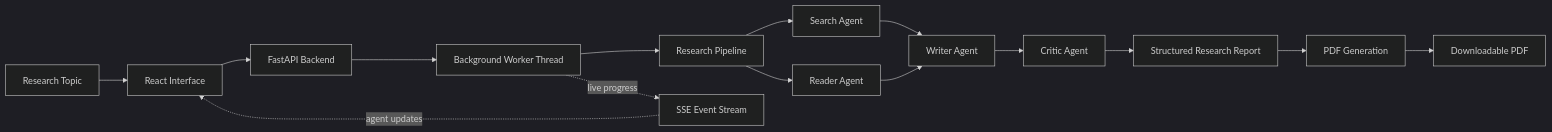
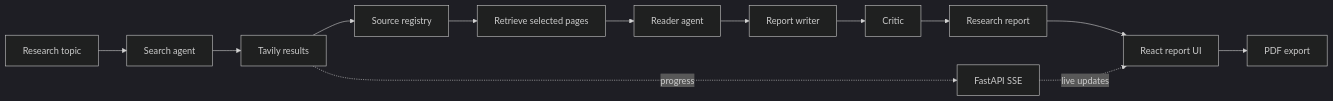
One commit to srini526/srini526 changed the first of 2 diagrams in README.md. Above: the diagram before and after it, drawn with Mermaid (dark theme). The commit also changed other lines of this file, not shown here.

````diff
--- a/README.md
+++ b/README.md
@@ -41,17 +41,15 @@
 ```mermaid
 flowchart LR
-    A[Research Topic] --> B[React Interface]
-    B --> C[FastAPI Backend]
-    C --> D[Background Worker Thread]
-    D --> E[Research Pipeline]
-    E --> F[Search Agent]
-    E --> G[Reader Agent]
-    F --> H[Writer Agent]
-    G --> H
-    H --> I[Critic Agent]
-    I --> J[Structured Research Report]
-    J --> K[PDF Generation]
-    K --> L[Downloadable PDF]
-    D -. live progress .-> M[SSE Event Stream]
-    M -. agent updates .-> B
+    A[Research topic] --> B[Search agent]
+    B --> C[Tavily results]
+    C --> D[Source registry]
+    D --> E[Retrieve selected pages]
+    E --> F[Reader agent]
+    F --> G[Report writer]
+    G --> H[Critic]
+    H --> I[Research report]
+    I --> J[React report UI]
+    J --> K[PDF export]
+    C -. progress .-> L[FastAPI SSE]
+    L -. live updates .-> J
 ```
````
